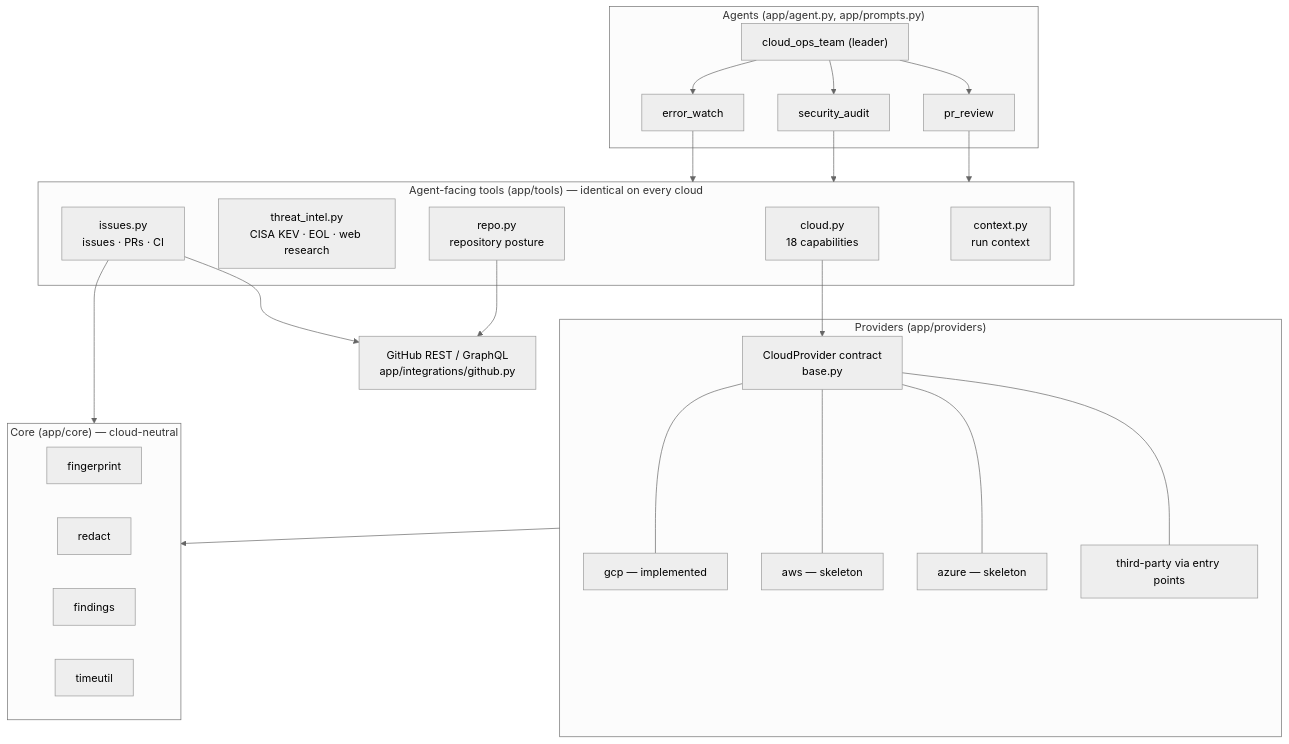
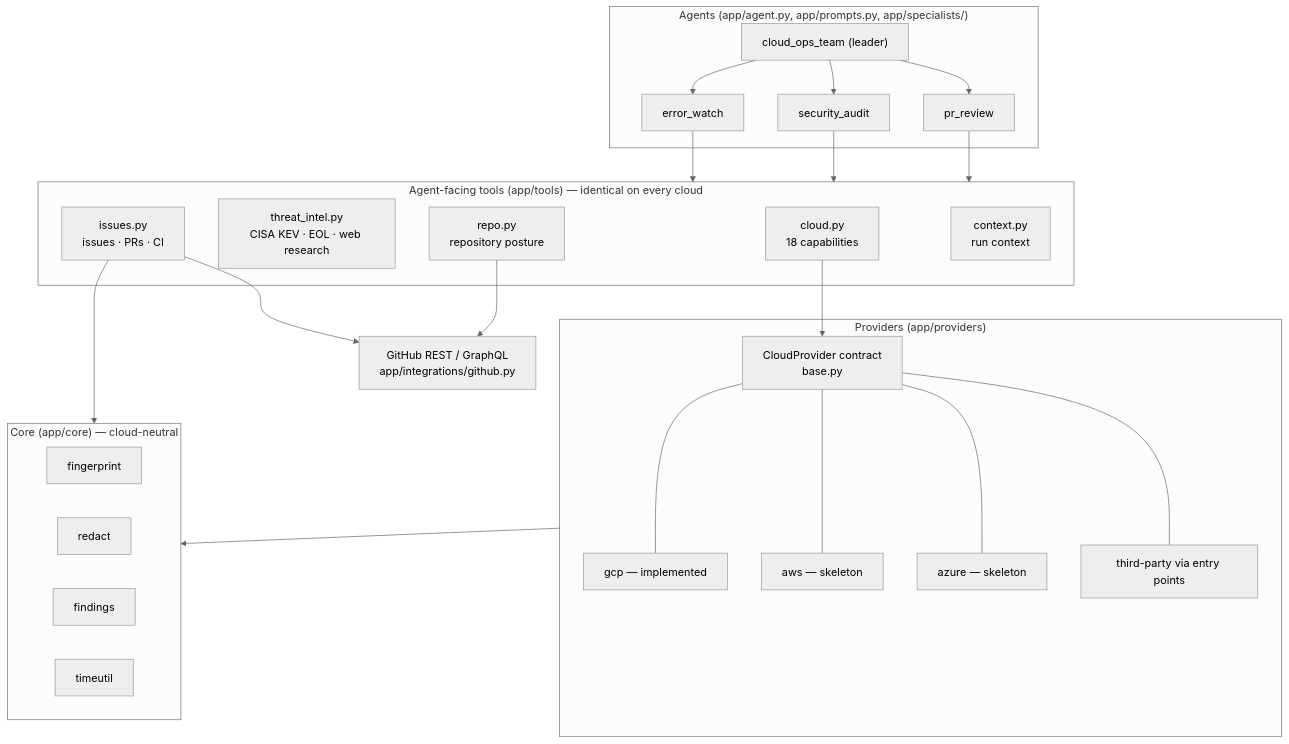
One commit to atsuki-sakai/cloud-ops-team changed the second of 4 diagrams in docs/architecture.md. Above: the diagram before and after it, drawn with Mermaid (neutral theme). The commit also changed other lines of this file and 39 other files, not shown here.

````diff
--- a/docs/architecture.md
+++ b/docs/architecture.md
@@ -42,37 +42,37 @@
 ```mermaid
 flowchart TB
-    subgraph Agents["Agents (app/agent.py, app/prompts.py)"]
+    subgraph Agents["Agents (app/agent.py, app/prompts.py, app/specialists/)"]
         ROOT["cloud_ops_team (leader)"]
         EW["error_watch"]
         SA["security_audit"]
         PR["pr_review"]
         ROOT --> EW & SA & PR
     end
     subgraph Tools["Agent-facing tools (app/tools) — identical on every cloud"]
         CLOUD["cloud.py<br/>18 capabilities"]
         TI["threat_intel.py<br/>CISA KEV · EOL · web research"]
         REPO["repo.py<br/>repository posture"]
         ISS["issues.py<br/>issues · PRs · CI"]
         CTX["context.py<br/>run context"]
     end
     subgraph Providers["Providers (app/providers)"]
         BASE["CloudProvider contract<br/>base.py"]
         GCP["gcp — implemented"]
         AWS["aws — skeleton"]
         AZ["azure — skeleton"]
         EXT["third-party via entry points"]
         BASE --- GCP & AWS & AZ & EXT
     end
     subgraph Core["Core (app/core) — cloud-neutral"]
         FP["fingerprint"]
         RD["redact"]
         FD["findings"]
         TU["timeutil"]
     end
     GH["GitHub REST / GraphQL<br/>app/integrations/github.py"]
     EW & SA & PR --> Tools
     CLOUD --> BASE
     ISS & REPO --> GH
     Providers --> Core
     ISS --> Core
 ```
````
